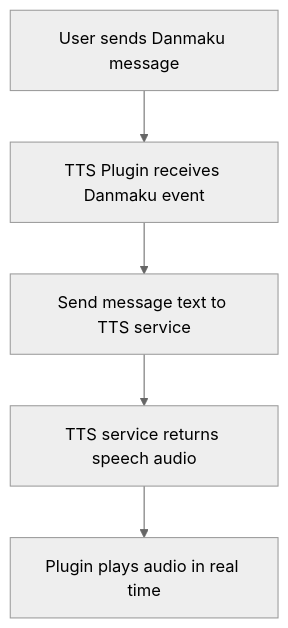
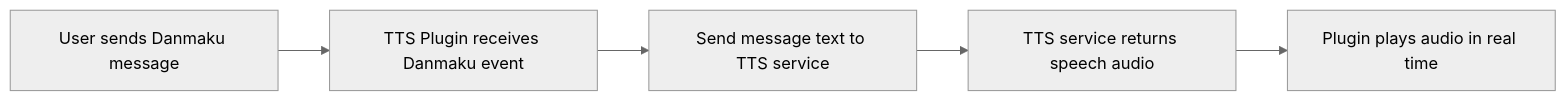
The diagram in docs/plugins.md (jiahaoxiang2000/blivedm_rs), drawn with Mermaid (neutral theme) before and after one commit. The commit also changed 3 other files, not shown here.

````diff
--- a/docs/plugins.md
+++ b/docs/plugins.md
@@ -37,7 +37,7 @@
 ```mermaid
-flowchart TD
+flowchart LR
     A[User sends Danmaku message] --> B[TTS Plugin receives Danmaku event]
     B --> C[Send message text to TTS service]
     C --> D[TTS service returns speech audio]
     D --> E[Plugin plays audio in real time]
 ```
````
